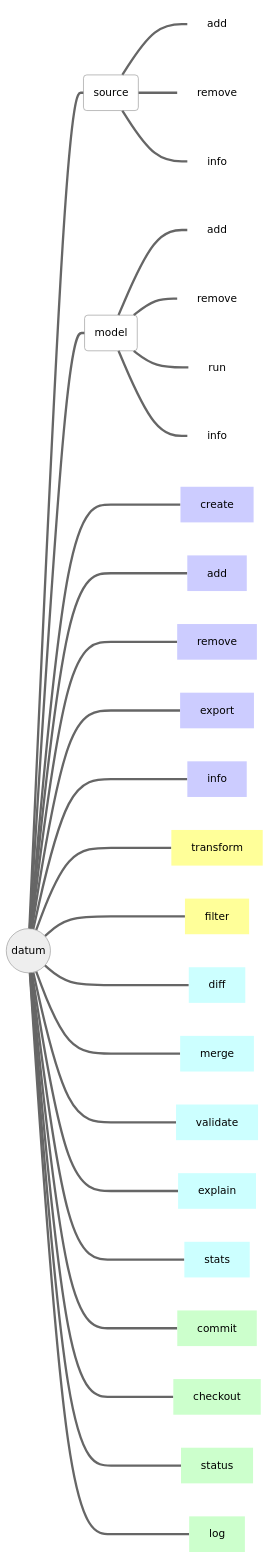
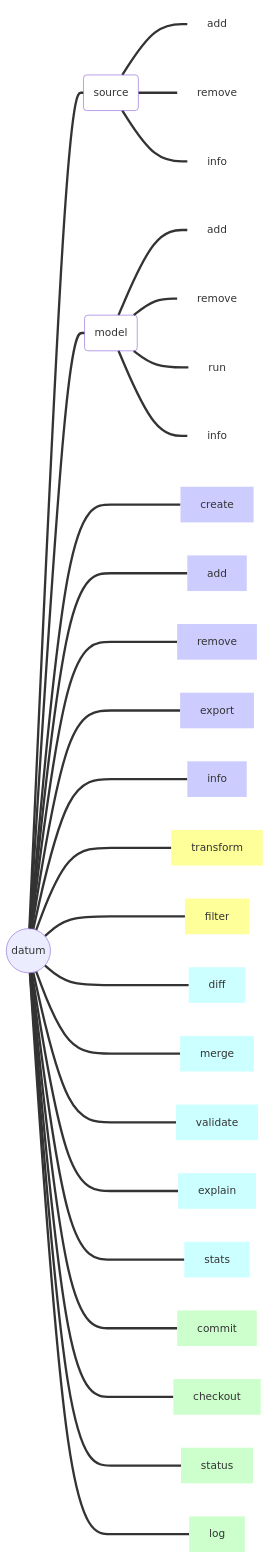
One commit to openvinotoolkit/datumaro changed the first of 2 diagrams in site/content/en/docs/developer_manual.md. Above: the diagram before and after it, drawn with Mermaid. The commit also changed 9 other files, not shown here.

````diff
--- a/site/content/en/docs/developer_manual.md
+++ b/site/content/en/docs/developer_manual.md
@@ -401,40 +401,39 @@
 ```mermaid
-%%{init: { 'theme': 'neutral' } }%%
 flowchart LR
   d(("#0009; datum #0009;")):::mainclass
   s(source):::nofillclass
   m(model):::nofillclass
 
   d===s
     s===id1[add]:::hideclass
     s===id2[remove]:::hideclass
     s===id3[info]:::hideclass
   d===m
     m===id4[add]:::hideclass
     m===id5[remove]:::hideclass
     m===id6[run]:::hideclass
     m===id7[info]:::hideclass
   d====str1[create]:::filloneclass
   d====str2[add]:::filloneclass
   d====str3[remove]:::filloneclass
   d====str4[export]:::filloneclass
   d====str5[info]:::filloneclass
   d====str6[transform]:::filltwoclass
   d====str7[filter]:::filltwoclass
   d====str8[diff]:::fillthreeclass
   d====str9[merge]:::fillthreeclass
   d====str10[validate]:::fillthreeclass
   d====str11[explain]:::fillthreeclass
   d====str12[stats]:::fillthreeclass
   d====str13[commit]:::fillfourclass
   d====str14[checkout]:::fillfourclass
   d====str15[status]:::fillfourclass
   d====str16[log]:::fillfourclass
 
   classDef nofillclass fill-opacity:0;
   classDef hideclass fill-opacity:0,stroke-opacity:0;
   classDef filloneclass fill:#CCCCFF,stroke-opacity:0;
   classDef filltwoclass fill:#FFFF99,stroke-opacity:0;
   classDef fillthreeclass fill:#CCFFFF,stroke-opacity:0;
   classDef fillfourclass fill:#CCFFCC,stroke-opacity:0;
 ```
````
